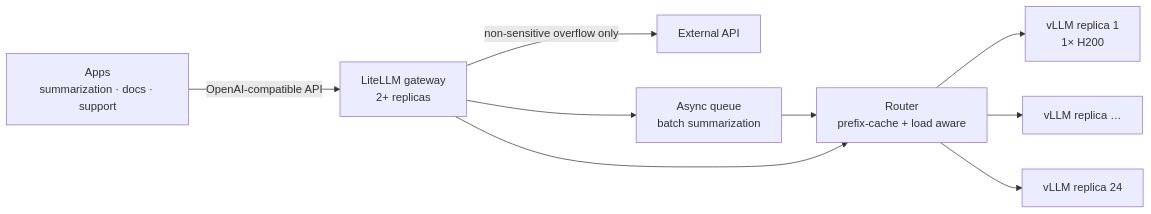
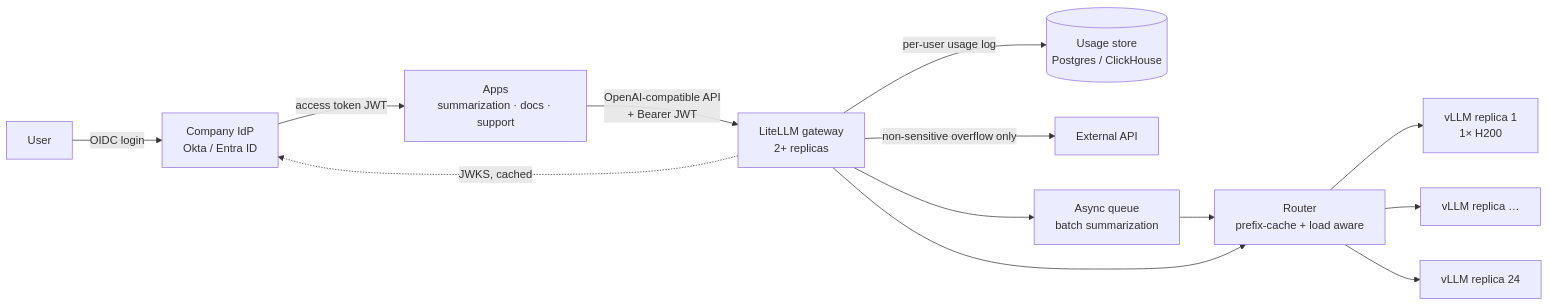
The diagram in SYSTEM_DESIGN.md (Mougatsu/inference-simulator), drawn with Mermaid before and after one commit. The commit also changed other lines of this file, not shown here.

Commit message:
Part 3: OAuth/OIDC identity in the request flow and per-user usage logging

````diff
--- a/SYSTEM_DESIGN.md
+++ b/SYSTEM_DESIGN.md
@@ -55,11 +55,15 @@
 ```mermaid
 flowchart LR
-  A[Apps<br/>summarization · docs · support] -->|OpenAI-compatible API| G[LiteLLM gateway<br/>2+ replicas]
+  U[User] -->|OIDC login| IDP[Company IdP<br/>Okta / Entra ID]
+  IDP -->|access token JWT| A
+  A[Apps<br/>summarization · docs · support] -->|OpenAI-compatible API<br/>+ Bearer JWT| G[LiteLLM gateway<br/>2+ replicas]
+  G -.->|JWKS, cached| IDP
+  G -->|per-user usage log| L[(Usage store<br/>Postgres / ClickHouse)]
   G -->|non-sensitive overflow only| X[External API]
   G --> Q[Async queue<br/>batch summarization]
   Q --> R
   G --> R[Router<br/>prefix-cache + load aware]
   R --> V1[vLLM replica 1<br/>1× H200]
   R --> V2[vLLM replica …]
   R --> V3[vLLM replica 24]
 ```
````
